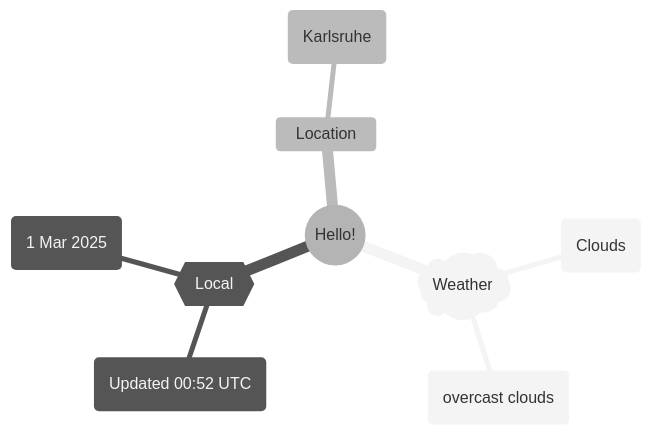
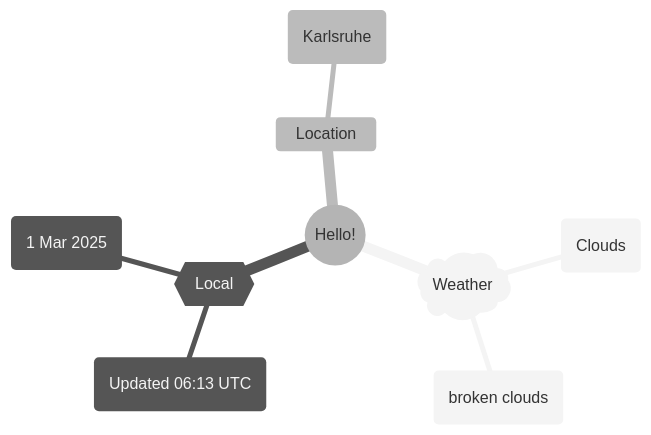
One commit to Xosrov/Xosrov changed the first of 2 diagrams in README.md. Above: the diagram before and after it, drawn with Mermaid (neutral theme).

Commit message:
[bot] updated images

````diff
--- a/README.md
+++ b/README.md
@@ -3,12 +3,12 @@
 ```mermaid
 mindmap
   root((Hello!))
     )Weather(
         (Clouds)
-        (overcast clouds)
+        (broken clouds)
     {{Local}}
-        (Updated 00:52 UTC)
+        (Updated 06:13 UTC)
         (1 Mar 2025)
     Location
         (Karlsruhe)
 ```
````
